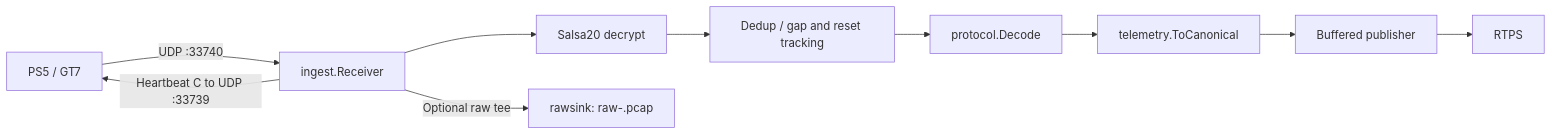
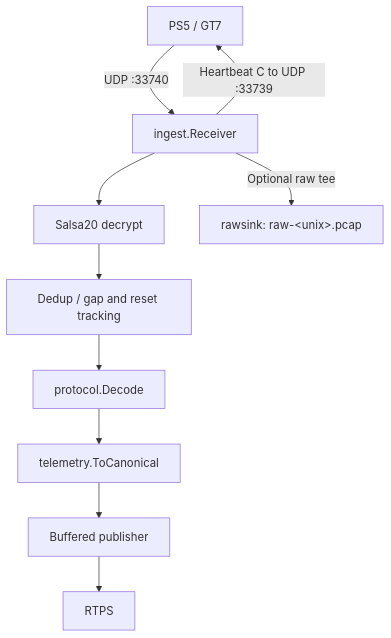
The diagram in docs/content/docs/_index.md (arush-sal/gt7-telemetry-collector), drawn with Mermaid before and after one commit. The commit also changed 1 other file, not shown here.

Commit message:
docs: proper Hextra landing page; readable architecture diagram
Hero with badge, headline, subtitle and spaced buttons plus a feature
grid; the overview flowchart is top-down so it renders legibly, and the
raw dump label escapes <unix> so mermaid shows it.

````diff
--- a/docs/content/docs/_index.md
+++ b/docs/content/docs/_index.md
@@ -16,12 +16,12 @@
 ```mermaid
-flowchart LR
+flowchart TD
     PS5["PS5 / GT7"] -->|"UDP :33740"| Receiver["ingest.Receiver"]
     Receiver -->|"Heartbeat C to UDP :33739"| PS5
     Receiver --> Decrypt["Salsa20 decrypt"]
-    Receiver -->|"Optional raw tee"| Raw["rawsink: raw-<unix>.pcap"]
+    Receiver -->|"Optional raw tee"| Raw["rawsink: raw-#lt;unix#gt;.pcap"]
     Decrypt --> Dedup["Dedup / gap and reset tracking"]
     Dedup --> Decode["protocol.Decode"]
     Decode --> Canonical["telemetry.ToCanonical"]
     Canonical --> Publisher["Buffered publisher"]
     Publisher --> RTPS["RTPS"]
 ```
````
